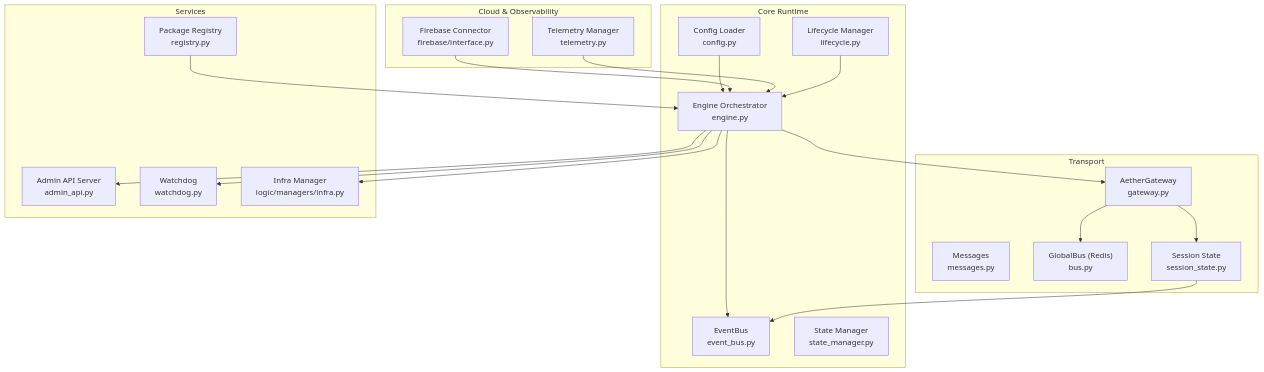
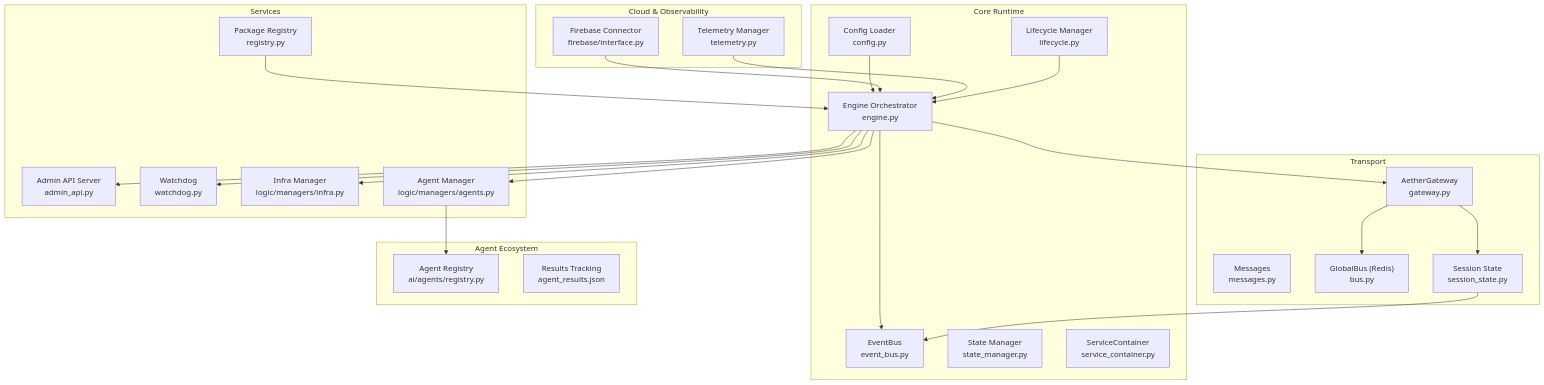
One commit to Moeabdelaziz007/Aether-Voice-OS changed the first of 14 diagrams in .qoder/repowiki/en/content/Infrastructure and Services/Infrastructure and Services.md. Above: the diagram before and after it, drawn with Mermaid. The commit also changed other lines of this file and 29 other files, not shown here.

````diff
--- a/.qoder/repowiki/en/content/Infrastructure and Services/Infrastructure and Services.md
+++ b/.qoder/repowiki/en/content/Infrastructure and Services/Infrastructure and Services.md
@@ -48,39 +63,47 @@
 ```mermaid
 graph TB
 subgraph "Core Runtime"
 CFG["Config Loader<br/>config.py"]
 BUS["EventBus<br/>event_bus.py"]
 STATE["State Manager<br/>state_manager.py"]
 LIFE["Lifecycle Manager<br/>lifecycle.py"]
+CONTAINER["ServiceContainer<br/>service_container.py"]
 ENG["Engine Orchestrator<br/>engine.py"]
 end
 subgraph "Transport"
 GW["AetherGateway<br/>gateway.py"]
 MSG["Messages<br/>messages.py"]
 SB["GlobalBus (Redis)<br/>bus.py"]
 SS["Session State<br/>session_state.py"]
 end
 subgraph "Cloud & Observability"
 FB["Firebase Connector<br/>firebase/interface.py"]
 TELE["Telemetry Manager<br/>telemetry.py"]
 end
 subgraph "Services"
 ADMIN["Admin API Server<br/>admin_api.py"]
 WD["Watchdog<br/>watchdog.py"]
 REG["Package Registry<br/>registry.py"]
 INFRA["Infra Manager<br/>logic/managers/infra.py"]
+AGENTMGR["Agent Manager<br/>logic/managers/agents.py"]
+end
+subgraph "Agent Ecosystem"
+AGENTS["Agent Registry<br/>ai/agents/registry.py"]
+RESULTS["Results Tracking<br/>agent_results.json"]
 end
 CFG --> ENG
 ENG --> BUS
 ENG --> GW
 ENG --> ADMIN
 ENG --> WD
 ENG --> INFRA
+ENG --> AGENTMGR
 GW --> SB
 GW --> SS
 SS --> BUS
 FB --> ENG
 TELE --> ENG
 REG --> ENG
+AGENTMGR --> AGENTS
 LIFE --> ENG
 ```
````
